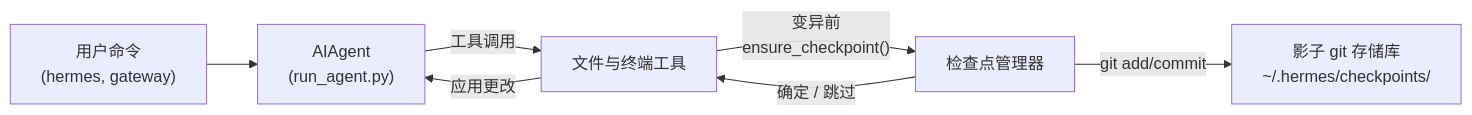
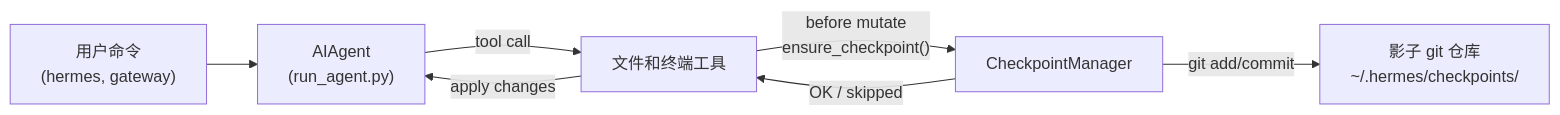
One commit to Eruditi/hermes-agent changed the diagram in website/docs/user-guide/checkpoints-and-rollback.zh.md. Above: the diagram before and after it, drawn with Mermaid. The commit also changed other lines of this file, not shown here.

````diff
--- a/website/docs/user-guide/checkpoints-and-rollback.zh.md
+++ b/website/docs/user-guide/checkpoints-and-rollback.zh.md
@@ -43,15 +43,15 @@
 ```mermaid
 flowchart LR
   user["用户命令\n(hermes, gateway)"]
   agent["AIAgent\n(run_agent.py)"]
-  tools["文件与终端工具"]
-  cpMgr["检查点管理器"]
-  shadowRepo["影子 git 存储库\n~/.hermes/checkpoints/<hash>"]
+  tools["文件和终端工具"]
+  cpMgr["CheckpointManager"]
+  shadowRepo["影子 git 仓库\n~/.hermes/checkpoints/<hash>"]
 
   user --> agent
-  agent -->|"工具调用"| tools
-  tools -->|"变异前\nensure_checkpoint()"| cpMgr
+  agent -->|"tool call"| tools
+  tools -->|"before mutate\nensure_checkpoint()"| cpMgr
   cpMgr -->|"git add/commit"| shadowRepo
-  cpMgr -->|"确定 / 跳过"| tools
-  tools -->|"应用更改"| agent
+  cpMgr -->|"OK / skipped"| tools
+  tools -->|"apply changes"| agent
 ```
````
